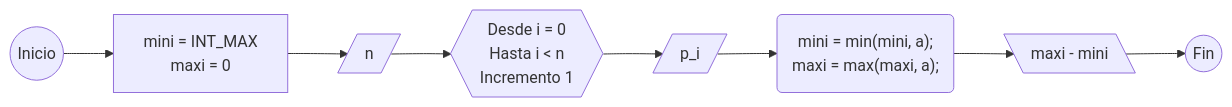
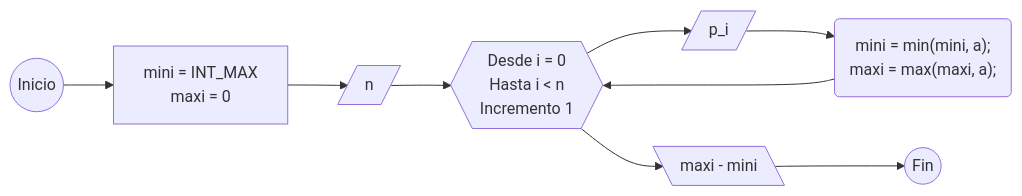
The diagram in 2026/ICPC_GP_MX_2026/Repechaje/problemas/h_hlaalus_ebony.md (CPC-UAEH/Editoriales), drawn with Mermaid before and after one commit. The commit also changed other lines of this file, not shown here.

````diff
--- a/2026/ICPC_GP_MX_2026/Repechaje/problemas/h_hlaalus_ebony.md
+++ b/2026/ICPC_GP_MX_2026/Repechaje/problemas/h_hlaalus_ebony.md
@@ -87,15 +87,16 @@
 ```mermaid
 flowchart LR
     A((Inicio)) --> B[mini = INT_MAX
     maxi = 0]
     B --> C[/n/]
     C --> D{{Desde i = 0
 		Hasta i < n
 		Incremento 1}}
     D --> E[/p_i/]
     E --> F("mini = min(mini, a);
         maxi = max(maxi, a);")
-    F --> G[\maxi - mini\]
+    F --> D
+    D --> G[\maxi - mini\]
     G --> I((Fin))
 
 ```
````
